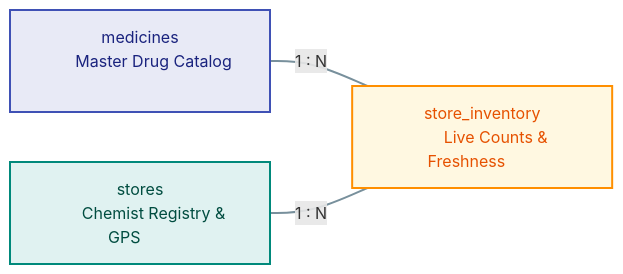
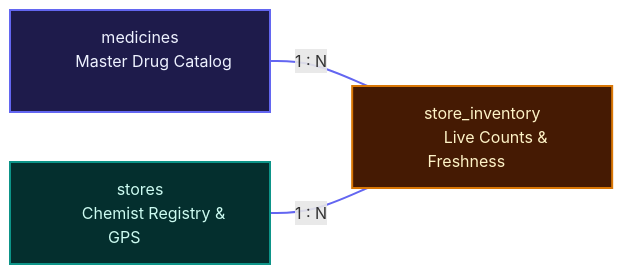
Before and after one commit to Parth-Chavan-15/MedSetu-TechSprint: the fifth of 6 diagrams in README.md, drawn with Mermaid. The commit also changed other lines of this file, not shown here.

Commit message:
style: introduce vibrant modern palettes across all flowcharts and maximize node padding

````diff
--- a/README.md
+++ b/README.md
@@ -308,15 +310,15 @@
 ```mermaid
 flowchart LR
     MED["&nbsp;&nbsp;&nbsp;&nbsp;&nbsp;&nbsp; medicines &nbsp;&nbsp;&nbsp;&nbsp;&nbsp;&nbsp;<br/>&nbsp;&nbsp;&nbsp;&nbsp;&nbsp;&nbsp; Master Drug Catalog &nbsp;&nbsp;&nbsp;&nbsp;&nbsp;&nbsp;"] ---|1 : N| INV["&nbsp;&nbsp;&nbsp;&nbsp;&nbsp;&nbsp; store_inventory &nbsp;&nbsp;&nbsp;&nbsp;&nbsp;&nbsp;<br/>&nbsp;&nbsp;&nbsp;&nbsp;&nbsp;&nbsp; Live Counts & Freshness &nbsp;&nbsp;&nbsp;&nbsp;&nbsp;&nbsp;"]
     STORES["&nbsp;&nbsp;&nbsp;&nbsp;&nbsp;&nbsp; stores &nbsp;&nbsp;&nbsp;&nbsp;&nbsp;&nbsp;<br/>&nbsp;&nbsp;&nbsp;&nbsp;&nbsp;&nbsp; Chemist Registry & GPS &nbsp;&nbsp;&nbsp;&nbsp;&nbsp;&nbsp;"] ---|1 : N| INV
 
-    classDef master fill:#E8EAF6,stroke:#3F51B5,color:#1A237E,stroke-width:2px;
-    classDef stores fill:#E0F2F1,stroke:#00897B,color:#004D40,stroke-width:2px;
-    classDef inv fill:#FFF8E1,stroke:#FF8F00,color:#E65100,stroke-width:2px;
+    classDef master fill:#1E1B4B,stroke:#6366F1,color:#EEF2FF,stroke-width:2px;
+    classDef stores fill:#042F2E,stroke:#0D9488,color:#CCFBF1,stroke-width:2px;
+    classDef inv fill:#451A03,stroke:#D97706,color:#FEF3C7,stroke-width:2px;
 
     class MED master;
     class STORES stores;
     class INV inv;
 
-    linkStyle default stroke:#78909C,stroke-width:2px;
+    linkStyle default stroke:#6366F1,stroke-width:2px;
 ```
````
